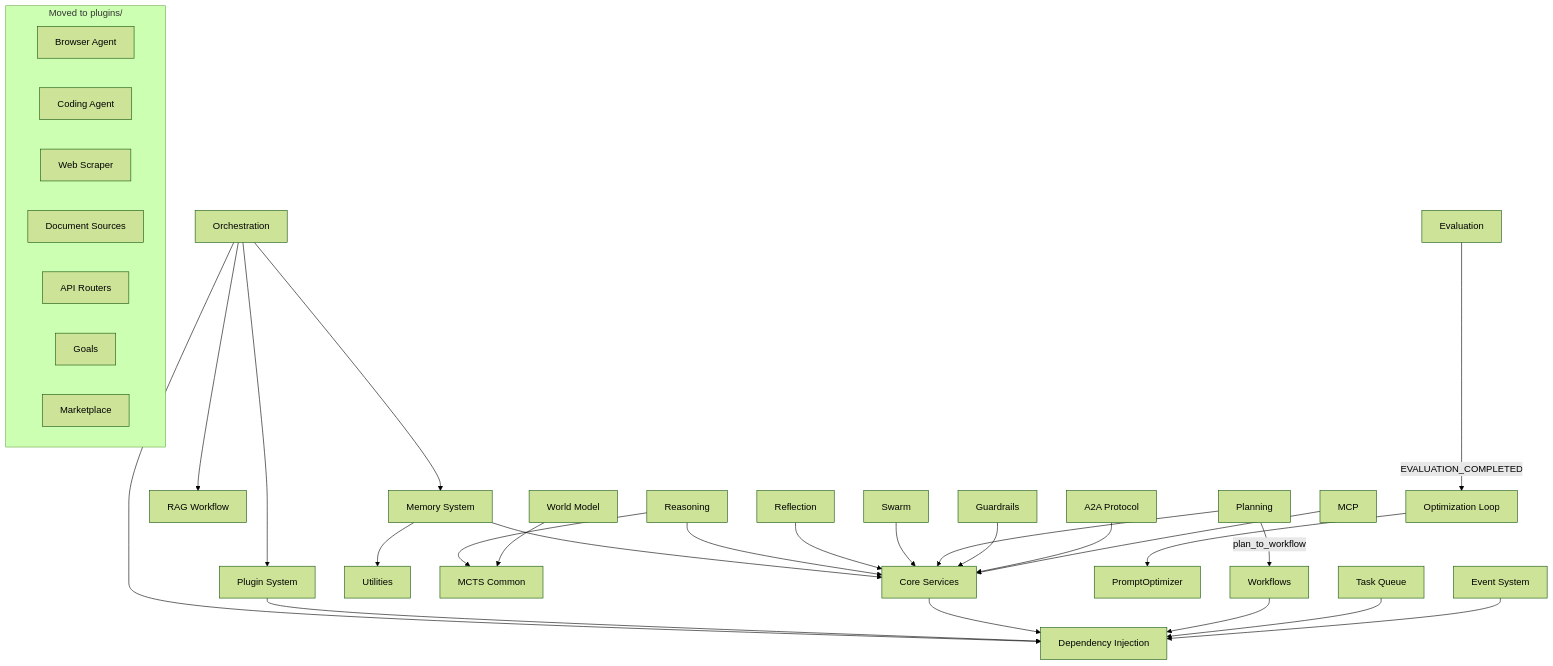
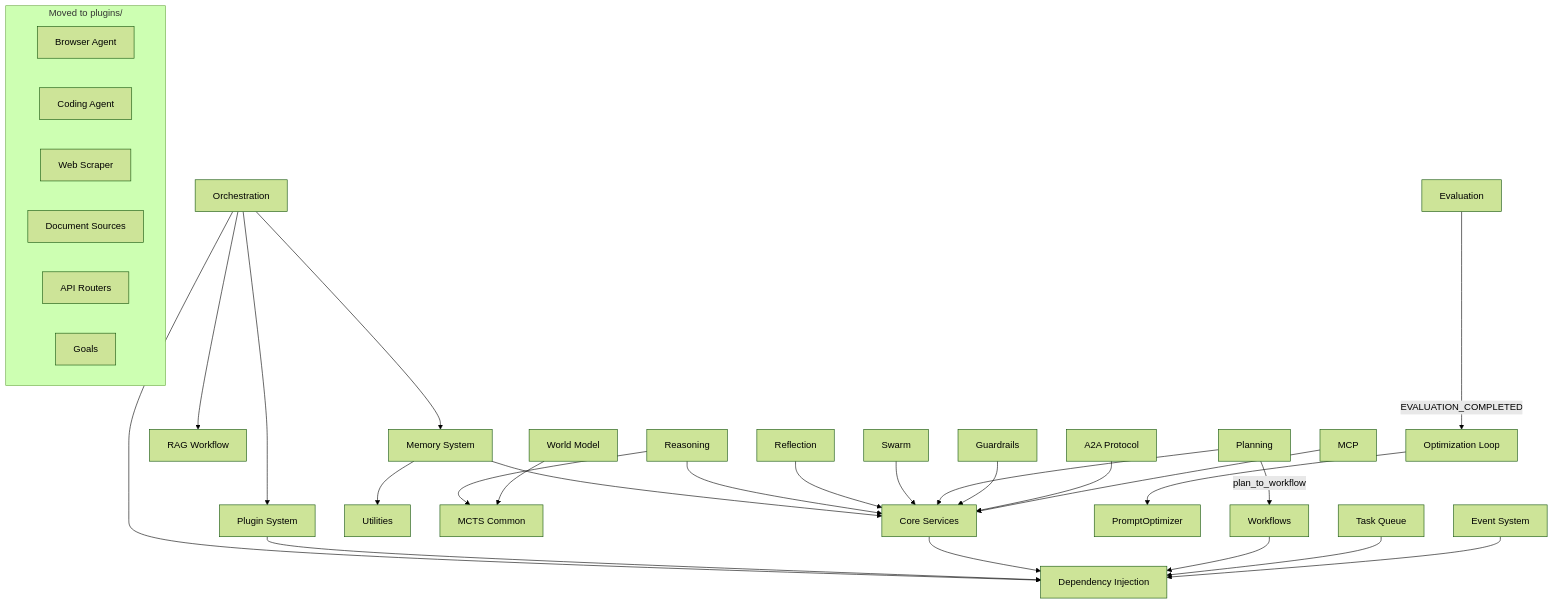
Before and after one commit to baselithcore/baselithcore: the diagram in mkdocs-site/docs/core-modules/index.md, drawn with Mermaid (forest theme). The commit also changed other lines of this file and 116 other files, not shown here.

Commit message:
docs: update documentation across all core modules, plugins, and architecture guides alongside internal core logic refinements and test suite updates.

````diff
--- a/mkdocs-site/docs/core-modules/index.md
+++ b/mkdocs-site/docs/core-modules/index.md
@@ -121,44 +129,43 @@
 ```mermaid
 graph TD
     Orch[Orchestration] --> DI[Dependency Injection]
     Orch --> Memory[Memory System]
     Orch --> Plugins[Plugin System]
     Orch --> RagWF[RAG Workflow]
 
     Plugins --> DI
 
     Memory --> Services[Core Services]
     Memory --> Utils[Utilities]
     Services --> DI
 
     Reasoning[Reasoning] --> Services
     Reasoning --> MCTSCommon[MCTS Common]
     Reflection[Reflection] --> Services
     Swarm[Swarm] --> Services
     WorldModel[World Model] --> MCTSCommon
 
     Planning[Planning] --> Services
     Planning -->|plan_to_workflow| Workflows
     Workflows[Workflows] --> DI
 
     Evaluation[Evaluation] -->|EVALUATION_COMPLETED| OptLoop[Optimization Loop]
     OptLoop --> Optimizer[PromptOptimizer]
 
     Guardrails[Guardrails] --> Services
 
     TaskQueue[Task Queue] --> DI
     Events[Event System] --> DI
 
     A2A[A2A Protocol] --> Services
     MCP[MCP] --> Services
 
     subgraph "Moved to plugins/"
         Browser[Browser Agent]
         Coding[Coding Agent]
         Scraper[Web Scraper]
         Docs[Document Sources]
         Routers[API Routers]
         Goals[Goals]
-        Marketplace[Marketplace]
     end
 ```
````
